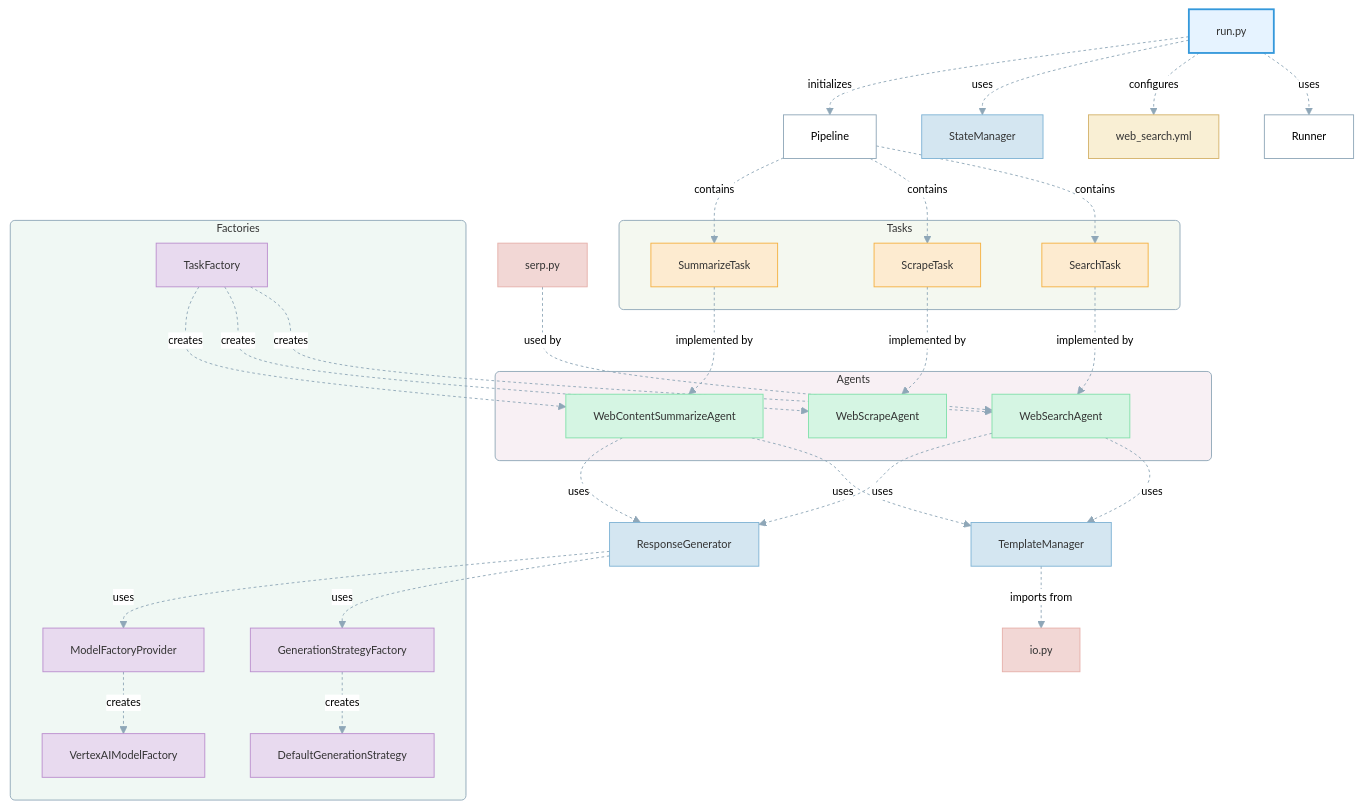
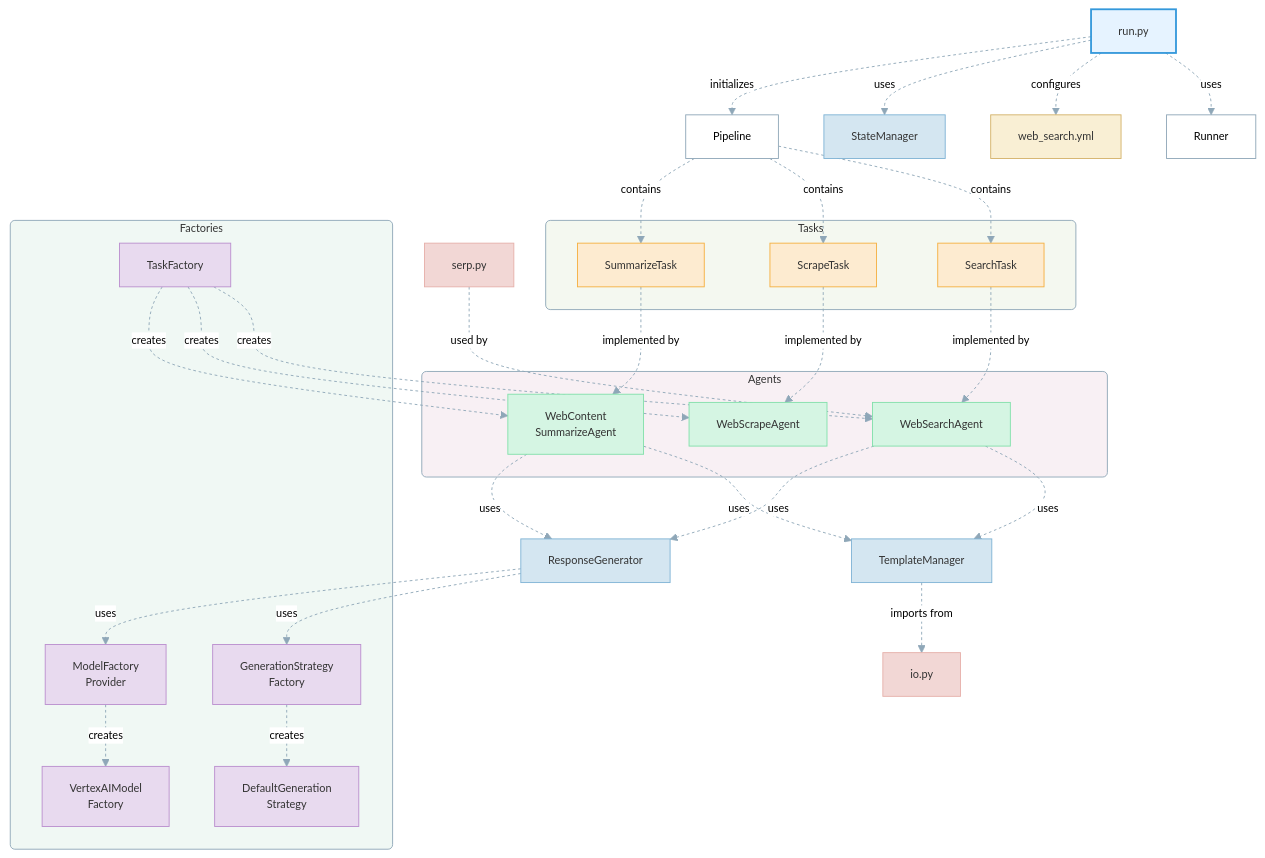
The diagram in img/patterns/web_search.mmd (achimdehnert/Agentic-Workflow-Patterns), drawn with Mermaid before and after one commit.

```diff
--- a/img/patterns/web_search.mmd
+++ b/img/patterns/web_search.mmd
@@ -1,85 +1,85 @@
 %%{init: {
   'theme': 'neutral',
   'themeVariables': {
     'primaryColor': '#f0f4f8',
     'primaryTextColor': '#333',
     'primaryBorderColor': '#8fa7b8',
     'lineColor': '#8fa7b8',
     'secondaryColor': '#f8f0f4',
     'tertiaryColor': '#f4f8f0',
     'fontFamily': 'Trebuchet MS, Arial, sans-serif',
     'fontSize': '12px'
   }
 }}%%
 
 graph TD
     classDef default fill:#fff,stroke:#8fa7b8,stroke-width:1px;
     classDef entrypoint fill:#e6f3ff,color:#333,stroke:#3498db,stroke-width:2px;
     classDef config fill:#f9efd4,color:#333,stroke:#d4b26a;
     classDef core fill:#d4e6f1,color:#333,stroke:#7fb3d5;
     classDef agent fill:#d5f5e3,color:#333,stroke:#82e0aa;
     classDef task fill:#fdebd0,color:#333,stroke:#f5b041;
     classDef factory fill:#e8daef,color:#333,stroke:#bb8fce;
     classDef strategy fill:#d6eaf8,color:#333,stroke:#85c1e9;
     classDef util fill:#f2d7d5,color:#333,stroke:#e6b0aa;
 
     A[run.py] -->|uses| B[Runner]
     A -->|configures| C[web_search.yml]
     A -->|uses| D[StateManager]
     A -->|initializes| E[Pipeline]
 
     E -->|contains| F[SearchTask]
     E -->|contains| G[ScrapeTask]
     E -->|contains| H[SummarizeTask]
 
     F -.->|implemented by| I[WebSearchAgent]
     G -.->|implemented by| J[WebScrapeAgent]
-    H -.->|implemented by| K[WebContentSummarizeAgent]
+    H -.->|implemented by| K[WebContent<br>SummarizeAgent]
 
     I & K -->|uses| L[TemplateManager]
     I & K -->|uses| M[ResponseGenerator]
 
     L -->|imports from| N[io.py]
-    M -->|uses| O[GenerationStrategyFactory]
-    M -->|uses| P[ModelFactoryProvider]
+    M -->|uses| O[GenerationStrategy<br>Factory]
+    M -->|uses| P[ModelFactory<br>Provider]
 
-    O -->|creates| Q[DefaultGenerationStrategy]
-    P -->|creates| R[VertexAIModelFactory]
+    O -->|creates| Q[DefaultGeneration<br>Strategy]
+    P -->|creates| R[VertexAIModel<br>Factory]
 
     S[TaskFactory] -.->|creates| I & J & K
 
     T[serp.py] -->|used by| I
 
     class A entrypoint;
     class C config;
     class D,L,M core;
     class I,J,K agent;
     class F,G,H task;
     class N,T util;
     class O,P,Q,R,S factory;
 
     linkStyle default stroke:#8fa7b8,stroke-width:1px,stroke-dasharray: 3 3;
 
     subgraph Tasks
         F
         G
         H
     end
 
     subgraph Agents
         I
         J
         K
     end
 
     subgraph Factories
         O
         P
         Q
         R
         S
     end
 
     style Tasks fill:#f4f8f0,stroke:#8fa7b8,stroke-width:1px,rx:5,ry:5;
     style Agents fill:#f8f0f4,stroke:#8fa7b8,stroke-width:1px,rx:5,ry:5;
     style Factories fill:#f0f8f4,stroke:#8fa7b8,stroke-width:1px,rx:5,ry:5;
```
